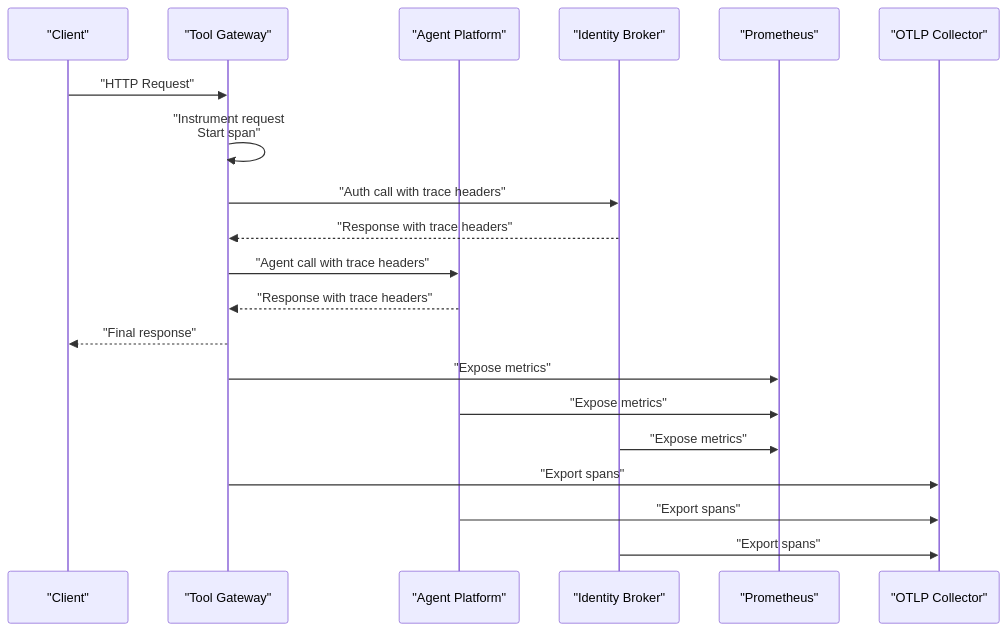
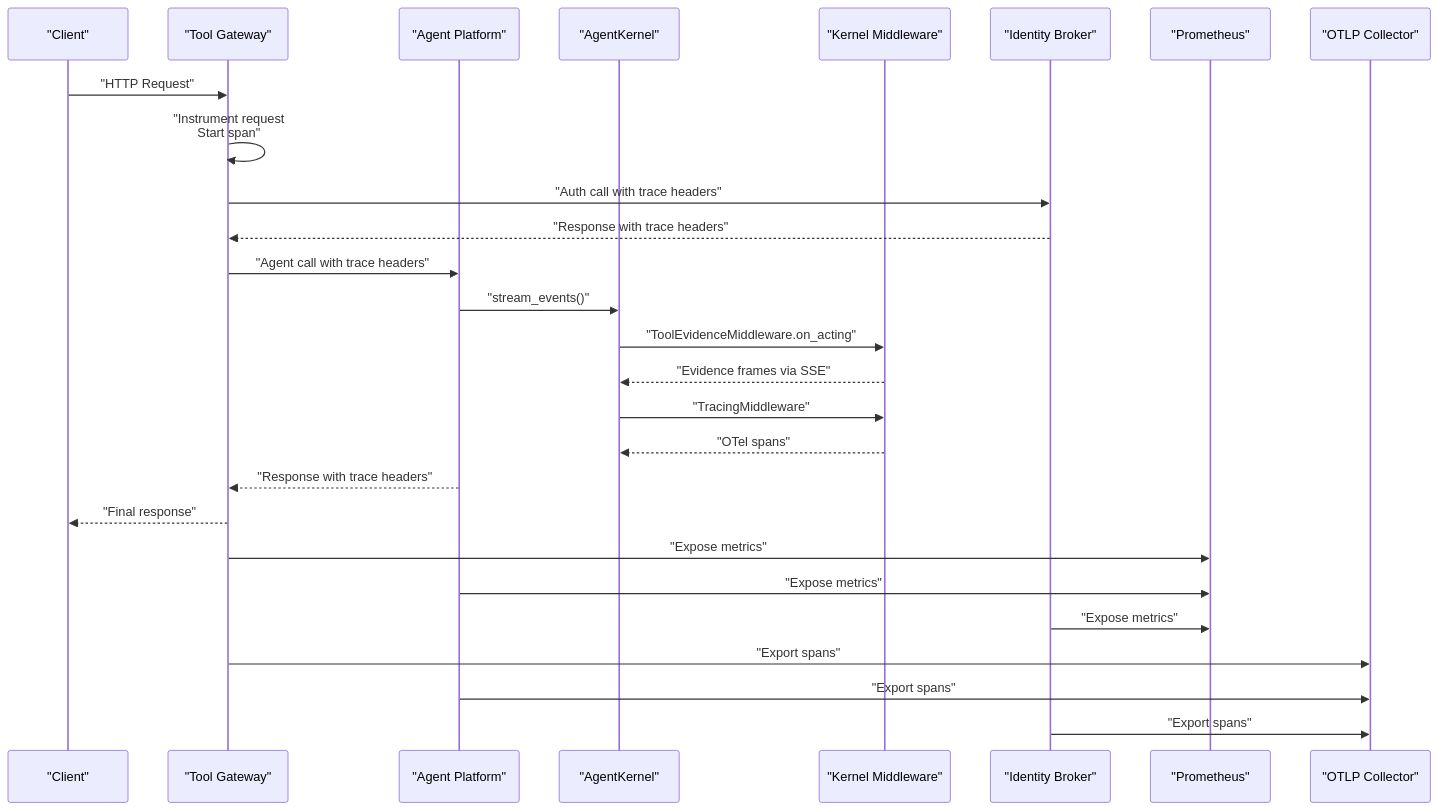
Before and after one commit to metasync/luban-aiops: the second of 3 diagrams in .qoder/repowiki/en/content/Agent Platform Service/Observability and Monitoring.md, drawn with Mermaid. The commit also changed other lines of this file and 25 other files, not shown here.

````diff
--- a/.qoder/repowiki/en/content/Agent Platform Service/Observability and Monitoring.md
+++ b/.qoder/repowiki/en/content/Agent Platform Service/Observability and Monitoring.md
@@ -144,22 +172,29 @@
 ```mermaid
 sequenceDiagram
 participant Client as "Client"
 participant Gateway as "Tool Gateway"
 participant Agent as "Agent Platform"
+participant Kernel as "AgentKernel"
+participant Middleware as "Kernel Middleware"
 participant Identity as "Identity Broker"
 participant Prom as "Prometheus"
 participant OTLP as "OTLP Collector"
 Client->>Gateway : "HTTP Request"
 Gateway->>Gateway : "Instrument request<br/>Start span"
 Gateway->>Identity : "Auth call with trace headers"
 Identity-->>Gateway : "Response with trace headers"
 Gateway->>Agent : "Agent call with trace headers"
+Agent->>Kernel : "stream_events()"
+Kernel->>Middleware : "ToolEvidenceMiddleware.on_acting"
+Middleware-->>Kernel : "Evidence frames via SSE"
+Kernel->>Middleware : "TracingMiddleware"
+Middleware-->>Kernel : "OTel spans"
 Agent-->>Gateway : "Response with trace headers"
 Gateway-->>Client : "Final response"
 Gateway->>Prom : "Expose metrics"
 Agent->>Prom : "Expose metrics"
 Identity->>Prom : "Expose metrics"
 Gateway->>OTLP : "Export spans"
 Agent->>OTLP : "Export spans"
 Identity->>OTLP : "Export spans"
 ```
````
